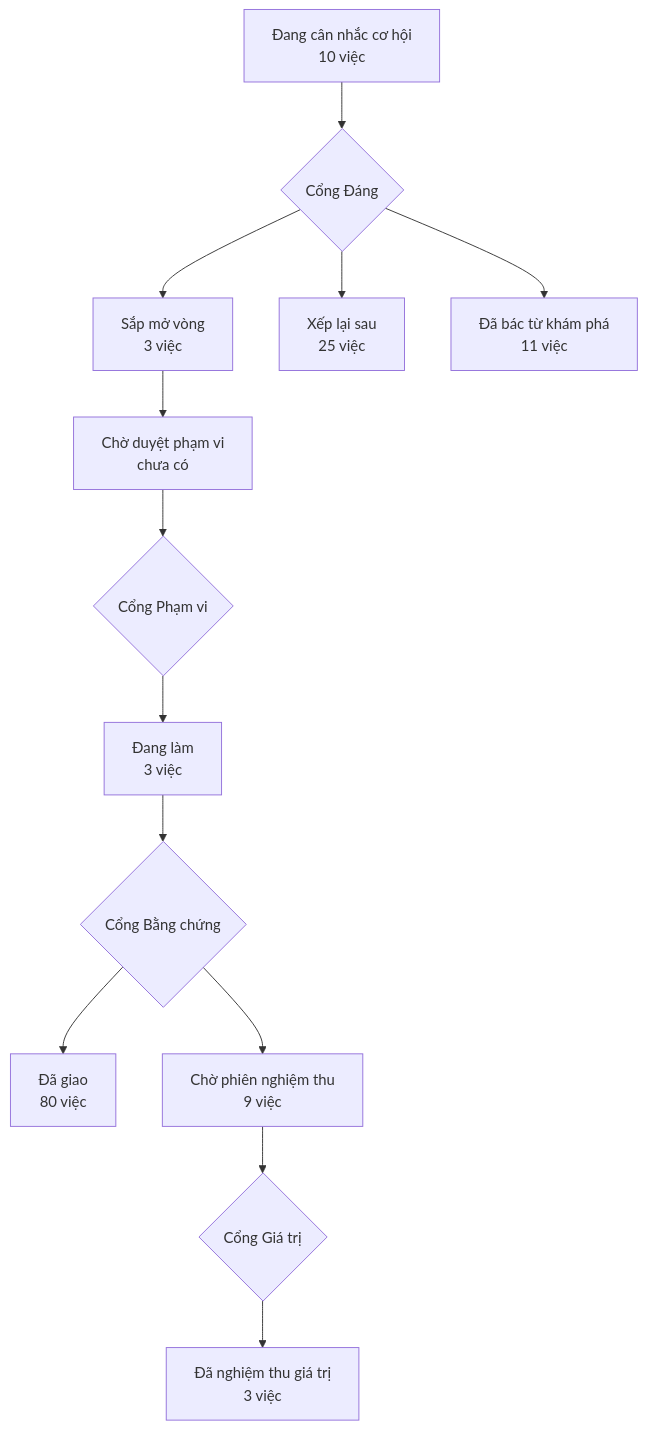
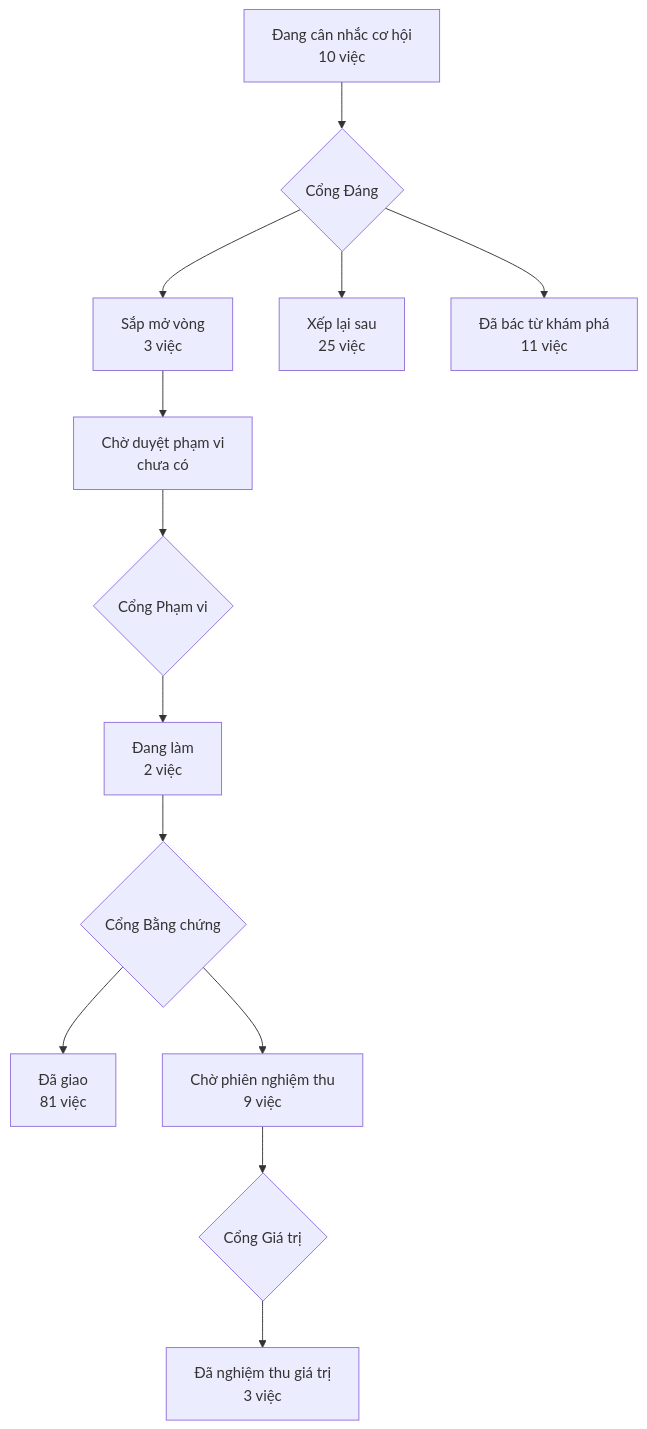
One commit to phanlemanh/acceptance-gate-kit changed the diagram in PRODUCT-MAP.md. Above: the diagram before and after it, drawn with Mermaid. The commit also changed 6 other files, not shown here.

````diff
--- a/PRODUCT-MAP.md
+++ b/PRODUCT-MAP.md
@@ -6,12 +6,12 @@
 ```mermaid
 flowchart TD
   A["Đang cân nhắc cơ hội<br/>10 việc"] --> GD{"Cổng Đáng"}
   GD --> B["Sắp mở vòng<br/>3 việc"]
   GD --> XL["Xếp lại sau<br/>25 việc"]
   GD --> DB["Đã bác từ khám phá<br/>11 việc"]
   B --> CD["Chờ duyệt phạm vi<br/>chưa có"] --> GP{"Cổng Phạm vi"}
-  GP --> DL["Đang làm<br/>3 việc"] --> GB{"Cổng Bằng chứng"}
-  GB --> DG["Đã giao<br/>80 việc"]
+  GP --> DL["Đang làm<br/>2 việc"] --> GB{"Cổng Bằng chứng"}
+  GB --> DG["Đã giao<br/>81 việc"]
   GB --> CN["Chờ phiên nghiệm thu<br/>9 việc"] --> GG{"Cổng Giá trị"}
   GG --> NT["Đã nghiệm thu giá trị<br/>3 việc"]
 ```
````
